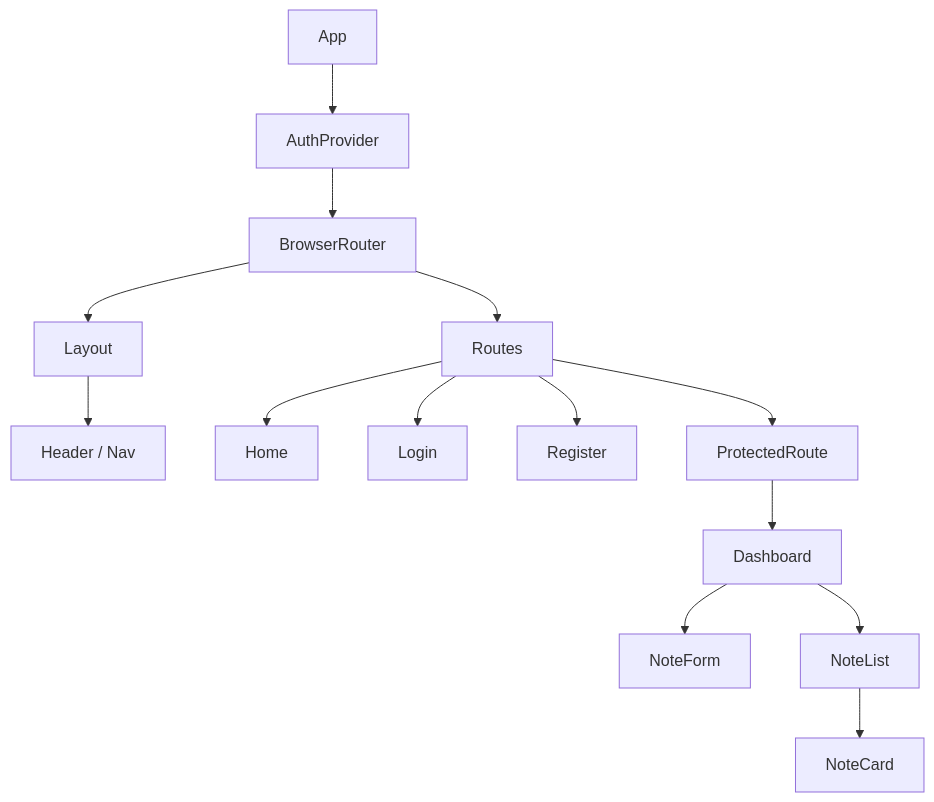
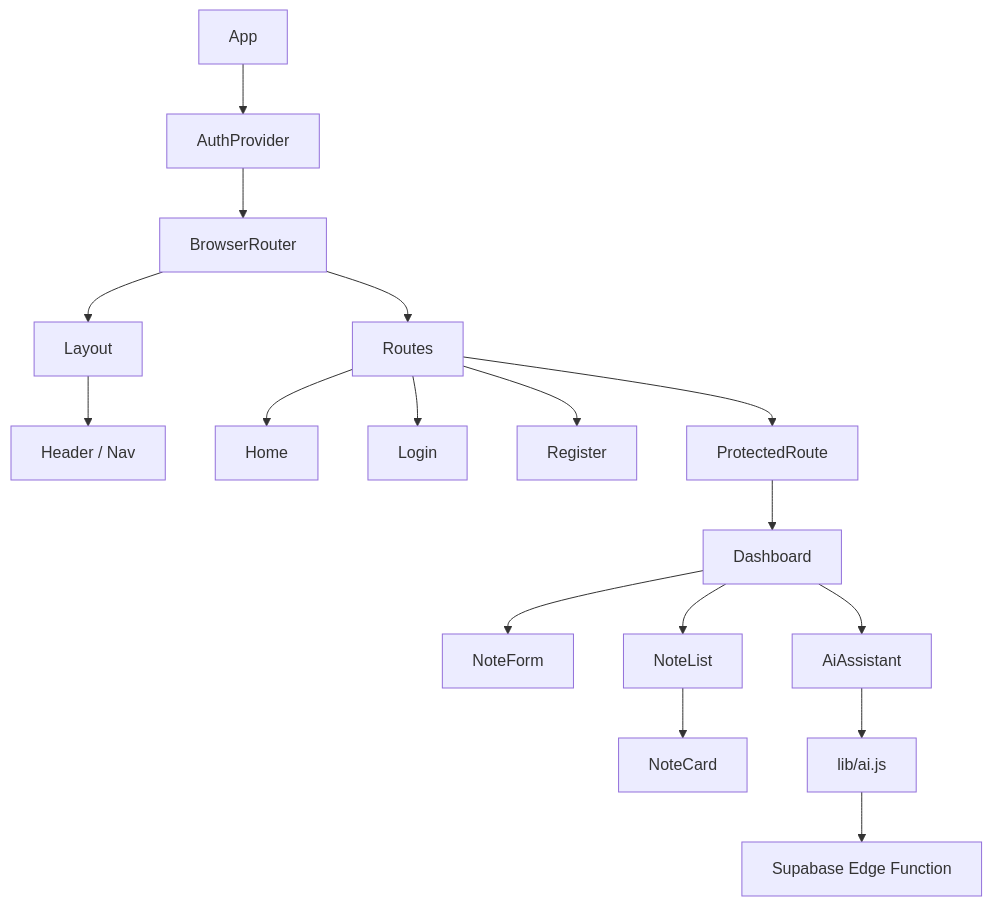
Diagram 14 of 17 in DIAGRAMS.md (Angelica-Vides/Lumenote), drawn with Mermaid before and after one commit. The commit also changed other lines of this file and 3 other files, not shown here.

First line of the commit message:
docs: Week 3 planning and AI architecture diagrams

````diff
--- a/DIAGRAMS.md
+++ b/DIAGRAMS.md
@@ -215,18 +330,21 @@
 ```mermaid
 flowchart TD
     APP[App] --> AUTHP[AuthProvider]
     AUTHP --> RT[BrowserRouter]
     RT --> LAYOUT[Layout]
     LAYOUT --> NAV[Header / Nav]
     RT --> ROUTES[Routes]
 
     ROUTES --> HOME[Home]
     ROUTES --> LOGIN[Login]
     ROUTES --> REGISTER[Register]
     ROUTES --> PROTECT[ProtectedRoute]
     PROTECT --> DASH[Dashboard]
 
     DASH --> FORM[NoteForm]
+    DASH --> AI[AiAssistant]
     DASH --> LIST[NoteList]
     LIST --> CARD[NoteCard]
+    AI --> AILIB[lib/ai.js]
+    AILIB --> FN[Supabase Edge Function]
 ```
````
